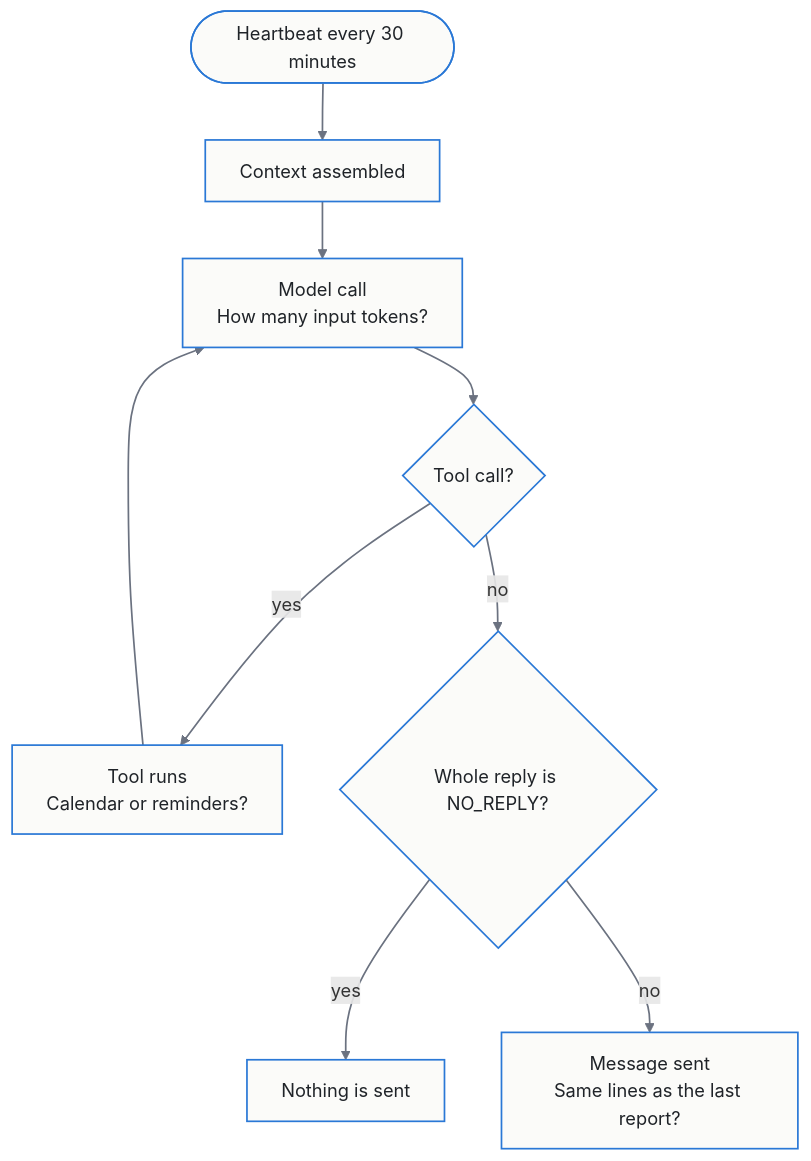
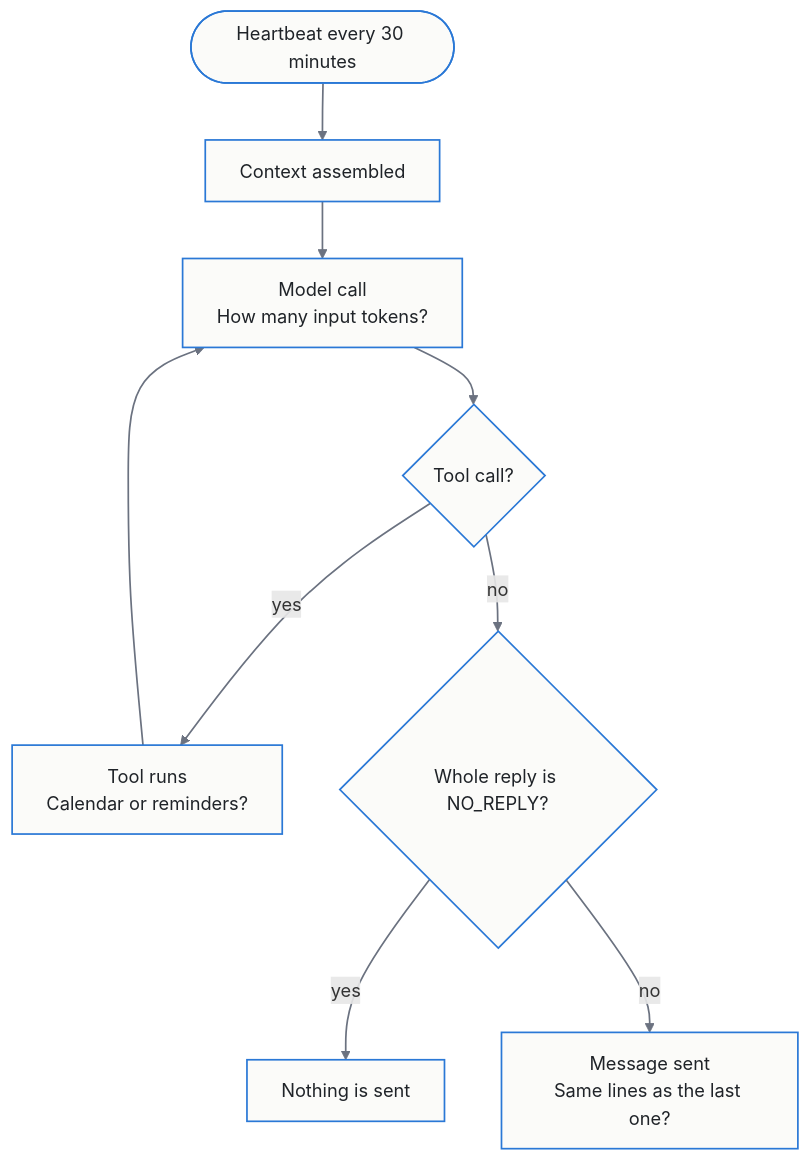
One commit to tildahh/openclaw-analysis changed the third of 3 diagrams in README.md. Above: the diagram before and after it, drawn with Mermaid. The commit also changed other lines of this file and 4 other files, not shown here.

````diff
--- a/README.md
+++ b/README.md
@@ -264,13 +261,13 @@
 ```mermaid
 flowchart TD
     T(["Heartbeat every 30 minutes"]) --> C["Context assembled"]
     C --> M["Model call<br/>How many input tokens?"]
     M --> Q{"Tool call?"}
     Q -- yes --> TL["Tool runs<br/>Calendar or reminders?"]
     TL --> M
     Q -- no --> R{"Whole reply is NO_REPLY?"}
     R -- yes --> S["Nothing is sent"]
-    R -- no --> D["Message sent<br/>Same lines as the last report?"]
+    R -- no --> D["Message sent<br/>Same lines as the last one?"]
     classDef default fill:#FBFBF9,stroke:#2A78D6,stroke-width:1.5px,color:#1F2328
     linkStyle default stroke:#6B7280,stroke-width:1.5px
 ```
````
